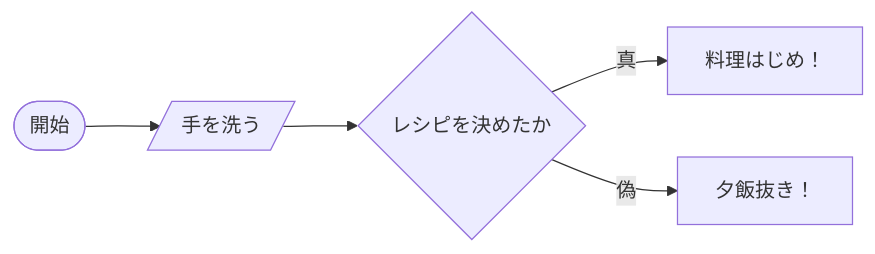
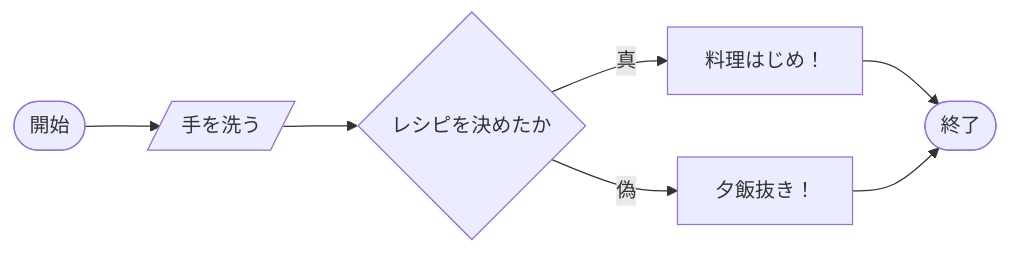
One commit to tpu-game-2023/mermaid_test changed the first of 3 diagrams in README.md. Above: the diagram before and after it, drawn with Mermaid.

Commit message:
エラーの修正

````diff
--- a/README.md
+++ b/README.md
@@ -20,8 +20,10 @@
 ```mermaid
 flowchart LR;
   A([開始]) --> B[/手を洗う/];
   B --> C{レシピを決めたか};
   C -- 真 --> D[料理はじめ！];
   C -- 偽 --> E[夕飯抜き！];
+  D --> F([終了]);
+  E --> F; 
 
 ```
````
